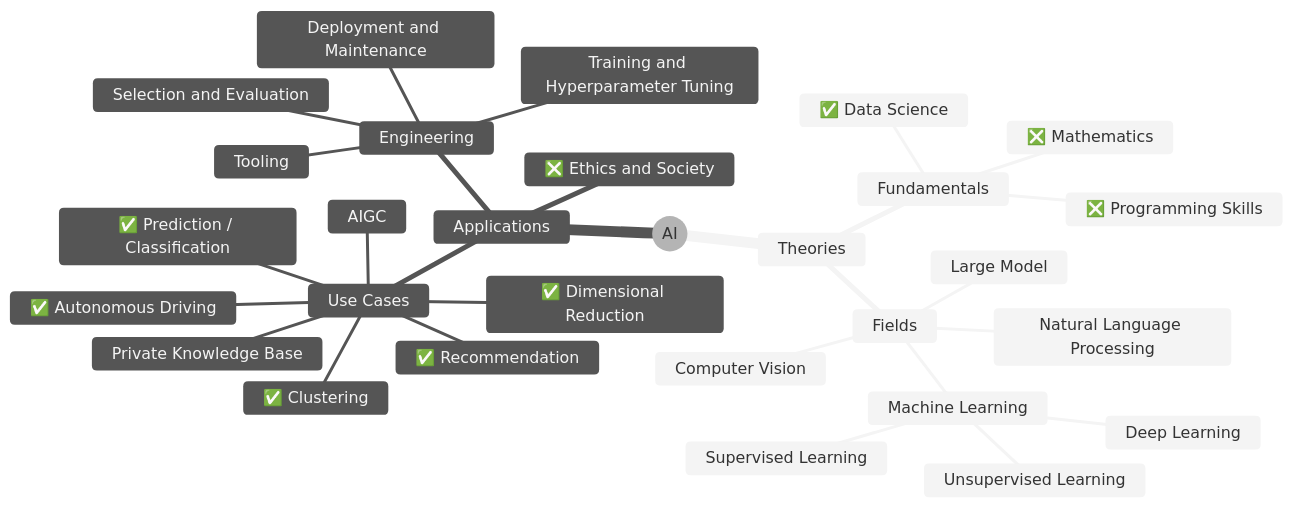
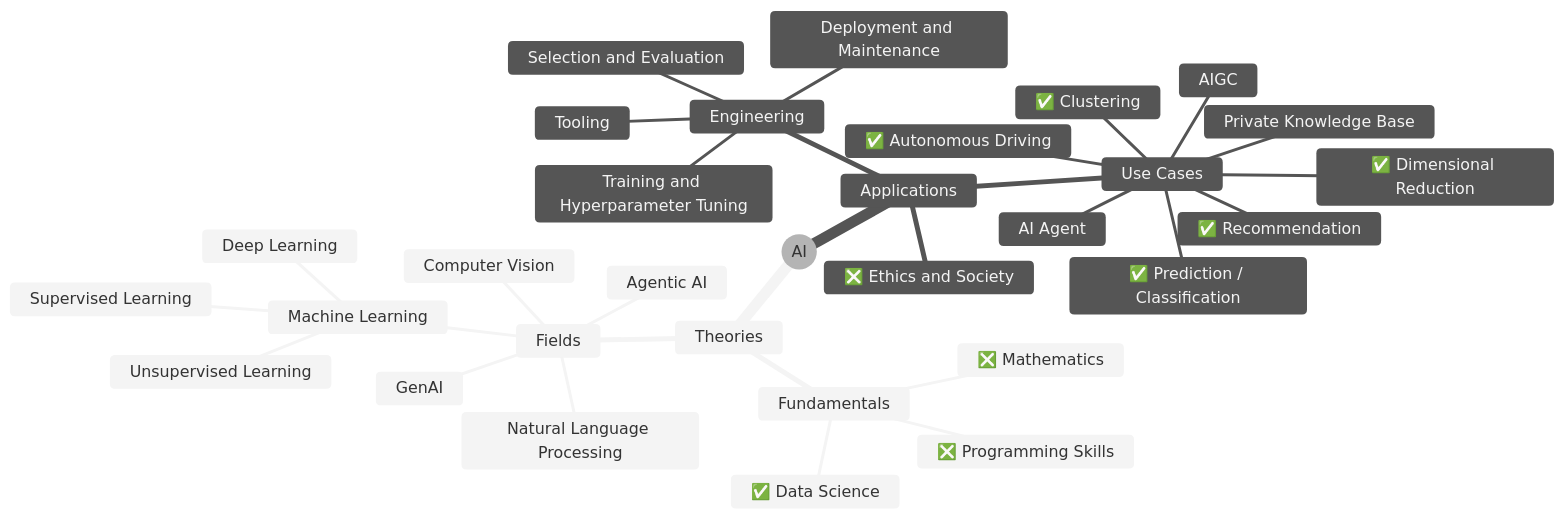
The diagram in README.md (weirong2/ai-odyssey), drawn with Mermaid (neutral theme) before and after one commit.

````diff
--- a/README.md
+++ b/README.md
@@ -5,32 +5,34 @@
 ```mermaid
 mindmap
   root((AI))
     Theories
       Fundamentals
         ❎ Mathematics
         ❎ Programming Skills
         ✅ Data Science
       Fields
         Machine Learning
           Supervised Learning
           Unsupervised Learning
           Deep Learning
         Natural Language Processing
         Computer Vision
-        Large Model
+        GenAI
+        Agentic AI
     Applications
       Use Cases
         ✅ Prediction / Classification
         ✅ Clustering
         ✅ Dimensional Reduction
         ✅ Recommendation
         ✅ Autonomous Driving
         Private Knowledge Base
         AIGC
+        AI Agent
       Engineering
         Tooling
         Selection and Evaluation
         Training and Hyperparameter Tuning
         Deployment and Maintenance
       ❎ Ethics and Society
 ```
````
